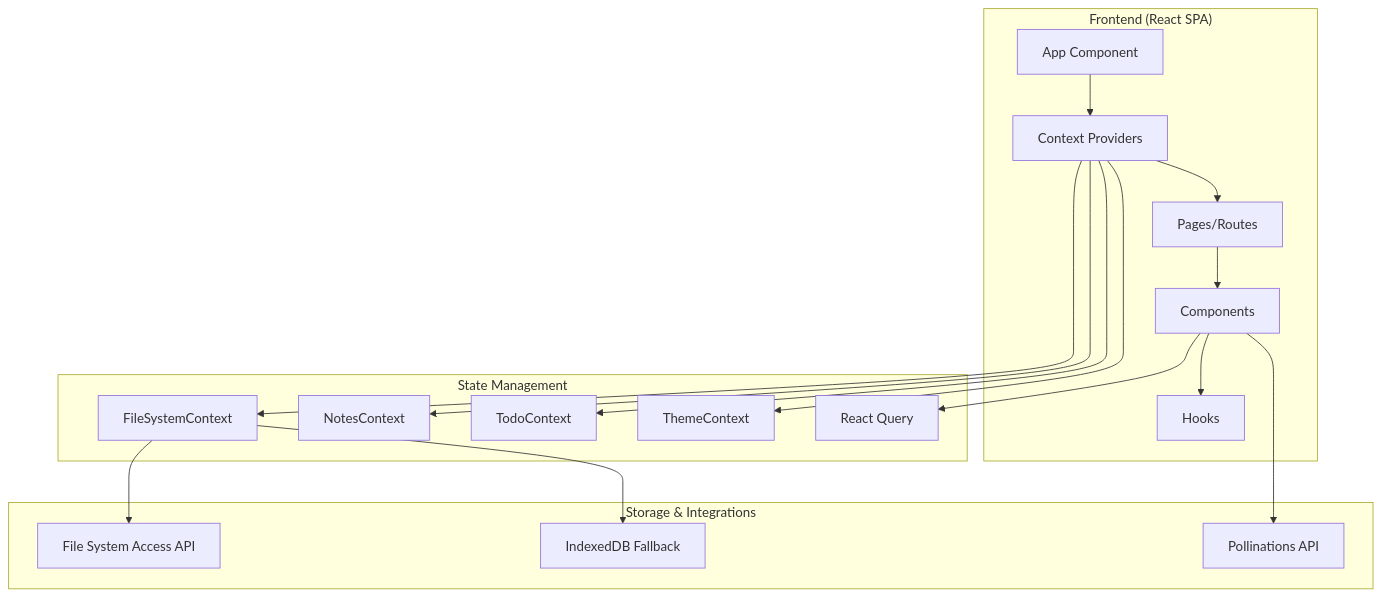
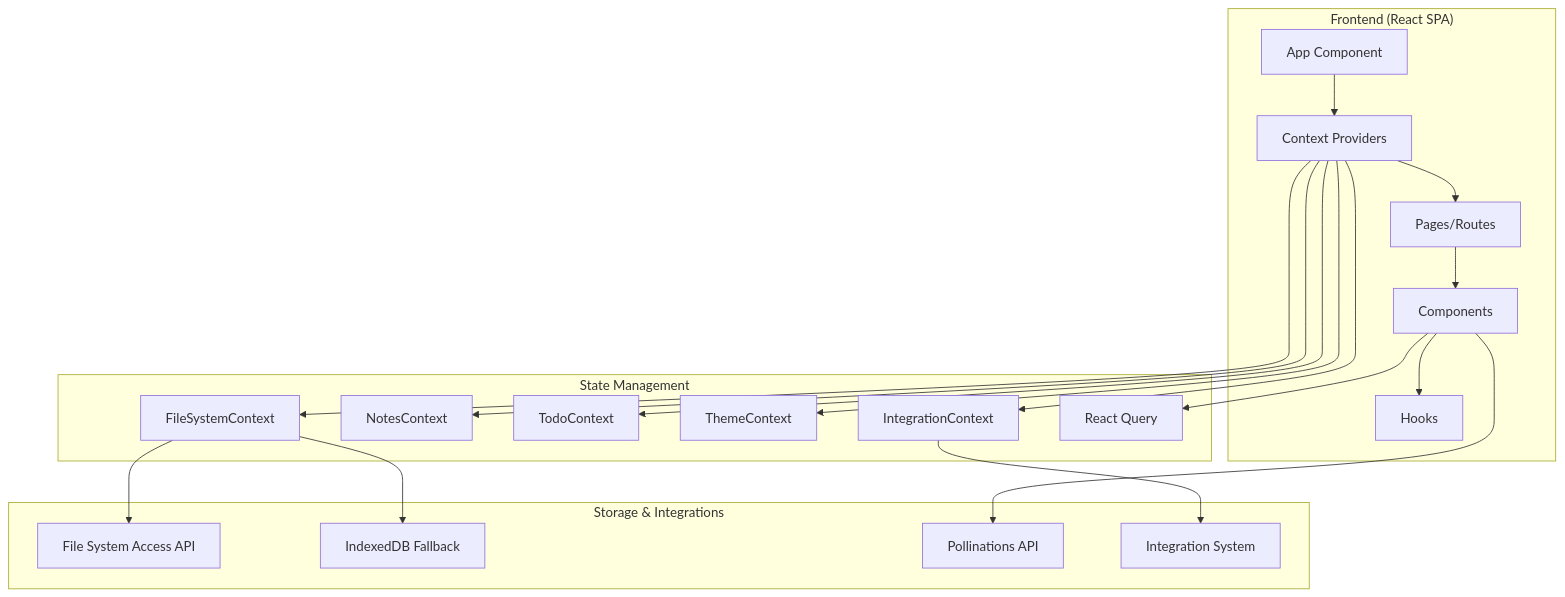
One commit to pinkpixel-dev/notara changed the first of 4 diagrams in OVERVIEW.md. Above: the diagram before and after it, drawn with Mermaid. The commit also changed other lines of this file and 30 other files, not shown here.

````diff
--- a/OVERVIEW.md
+++ b/OVERVIEW.md
@@ -22,37 +23,41 @@
 ```mermaid
 graph TB
     subgraph "Frontend (React SPA)"
         A[App Component]
         B[Context Providers]
         C[Pages/Routes]
         D[Components]
         E[Hooks]
     end
     
     subgraph "State Management"
         F[FileSystemContext]
         G[NotesContext]
         H[TodoContext]
         I[ThemeContext]
-        J[React Query]
+        J[IntegrationContext]
+        K[React Query]
     end
 
     subgraph "Storage & Integrations"
-        K[File System Access API]
-        L[IndexedDB Fallback]
-        M[Pollinations API]
+        L[File System Access API]
+        M[IndexedDB Fallback]
+        N[Pollinations API]
+        O[Integration System]
     end
 
     A --> B
     B --> C
     C --> D
     D --> E
     B --> F
     B --> G
     B --> H  
     B --> I
-    D --> J
-    F --> K
+    B --> J
+    D --> K
     F --> L
-    D --> M
+    F --> M
+    D --> N
+    J --> O
 ```
````
